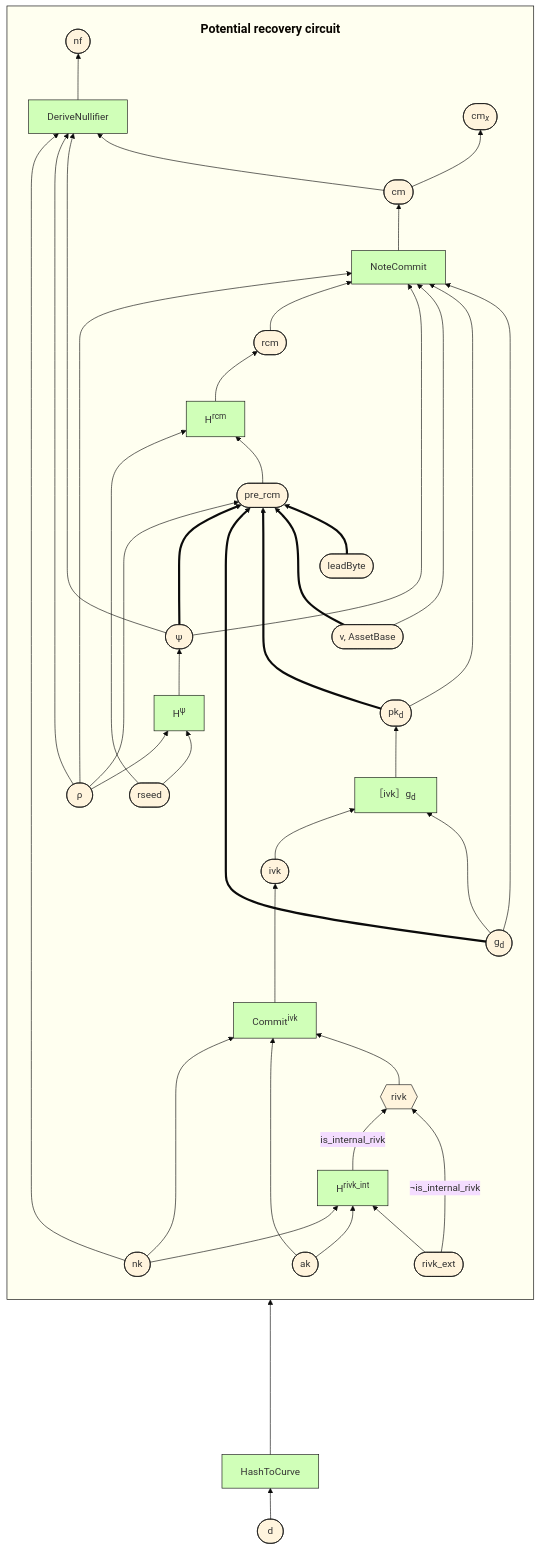
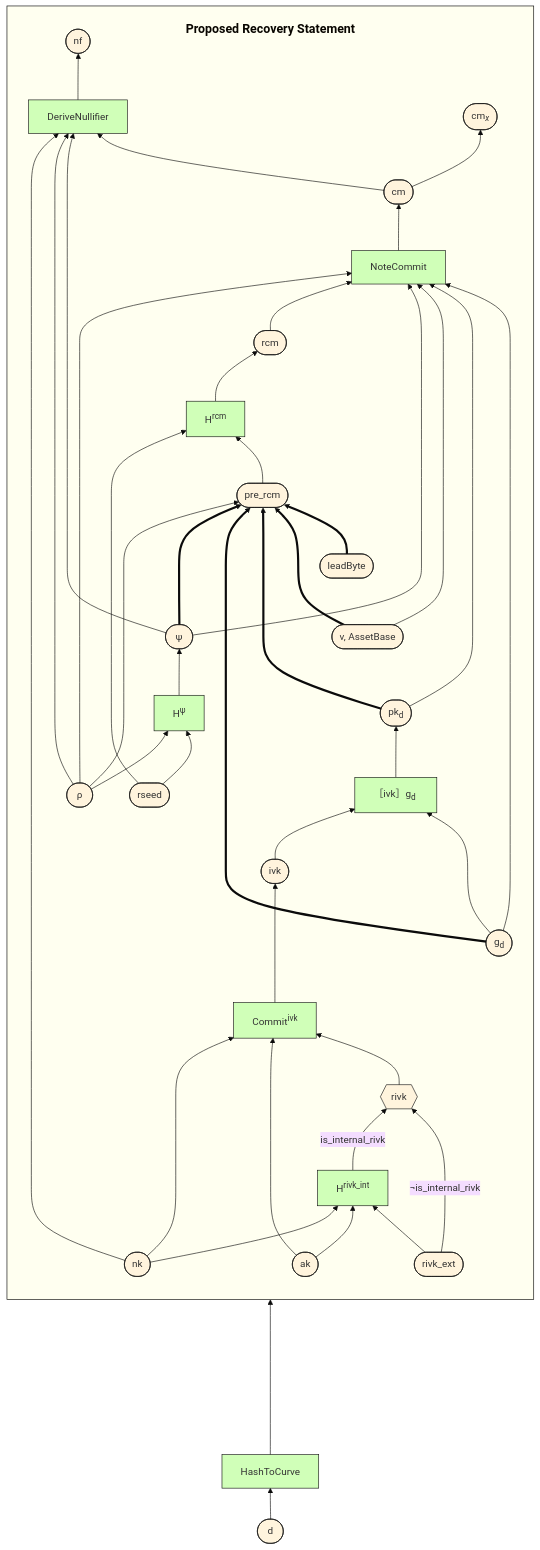
One commit to zcash/zips changed the second of 4 diagrams in zips/zip-2005.md. Above: the diagram before and after it, drawn with Mermaid (base theme). The commit also changed other lines of this file, not shown here.

First line of the commit message:
ZIP 2005: rename "Recovery circuit / Recovery Protocol" → "Recovery Statement", and add anchored section header.

````diff
--- a/zips/zip-2005.md
+++ b/zips/zip-2005.md
@@ -226,55 +226,55 @@
 ```mermaid
 graph BT
   classDef default stroke:#111111;
   classDef func fill:#d0ffb8;
   classDef cefunc fill:#a0e0a0;
   classDef sensitive fill:#ffb0b0;
   classDef semi_sensitive fill:#ffb0ff;
   classDef circuit stroke:#000000, fill:#fffff0;
   classDef spacer opacity:0;
 
   PostQC:::circuit
-  subgraph PostQC[<div style="margin:1.1em;font-size:20px"><b>Potential recovery circuit</b></div>]
+  subgraph PostQC[<div style="margin:1.1em;font-size:20px"><b>Proposed Recovery Statement</b></div>]
     direction BT
     rivk_ext([rivk_ext]) --> Hrivk_int[H<sup>rivk_int</sup>]:::func
     ak([ak]) --> Hrivk_int[H<sup>rivk_int</sup>]:::func
     nk --> Hrivk_int
     rivk_ext -->|¬is_internal_rivk| rivk
     Hrivk_int -->|is_internal_rivk| rivk{{rivk}}
     rivk --> Commitivk[Commit<sup>ivk</sup>]:::func
     ak([ak]) ----> Commitivk
     nk([nk]) ----> Commitivk
     Commitivk ---> ivk([ivk])
     gd ---> ivkmul[［ivk］g<sub>d</sub>&nbsp;]:::func
     ivk --> ivkmul
     rseed --> Hpsi[H<sup>ψ</sup>]:::func
     rho --> Hpsi
     leadByte([leadByte]) ==> pre_rcm
     v([v, AssetBase]) ===> pre_rcm([pre_rcm])
     pkd ====> pre_rcm
     gd ==> pre_rcm
     psi ===> pre_rcm
     rho([#8239;ρ#8239;]) --> pre_rcm
     v ~~~~ rcm
     ivkmul --> pkd([pk<sub>d</sub>])
     pre_rcm --> Hrcm[H<sup>rcm</sup>]:::func
     rseed([rseed]) --> Hrcm
     Hrcm --> rcm([rcm])
     Hpsi --> psi([#8239;ψ#8239;])
     gd --> NoteCommit:::func
     pkd --> NoteCommit
     v --> NoteCommit
     psi --> NoteCommit
     rcm --> NoteCommit
     rho --> NoteCommit
     cm --> DeriveNullifier:::func
     psi --> DeriveNullifier
     rho --> DeriveNullifier
     nk --> DeriveNullifier
     NoteCommit --> cm([cm])
     DeriveNullifier --> nf([nf])
     cm --> cmx([cm<sub><i>x</i></sub>])
   end
 
   d([#8239;d#8239;]) --> HashToCurve:::func ------> gd([g<sub>d</sub>])
 ```
````
